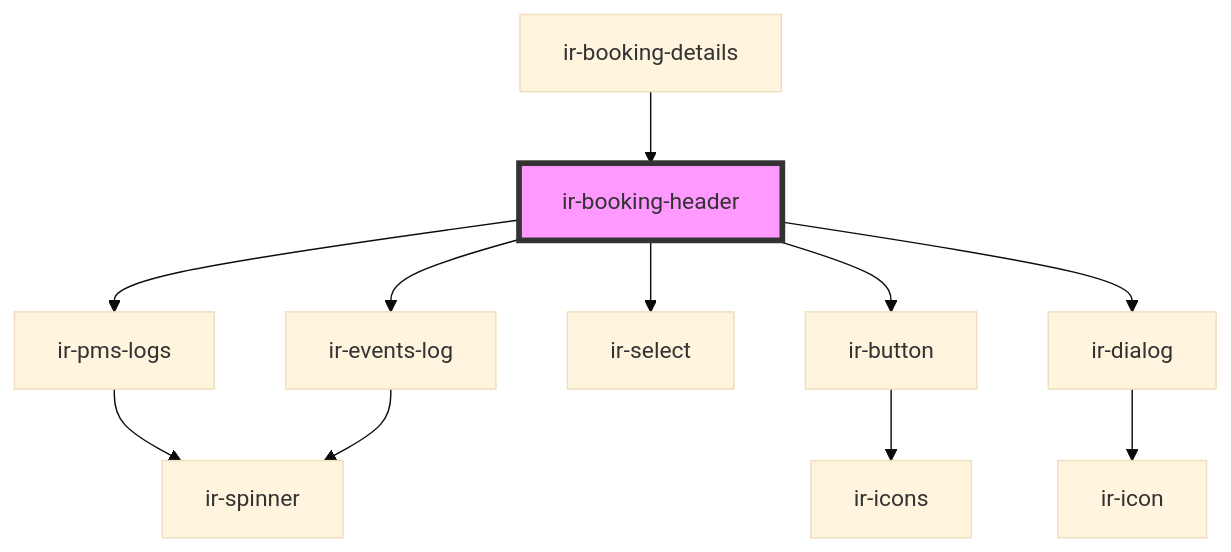
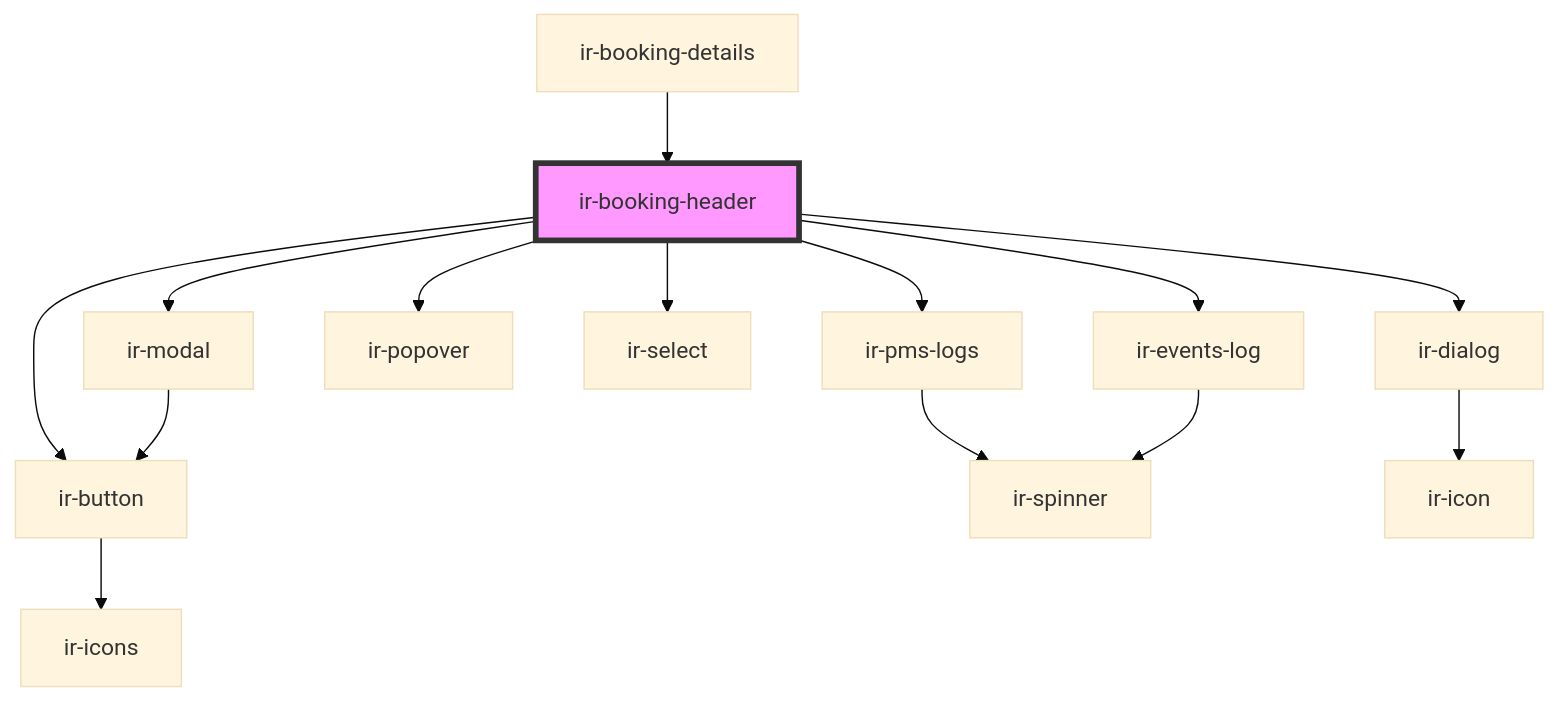
Before and after one commit to David1Chowaifaty/modified-ir-webcmp: the diagram in src/components/ir-booking-details/ir-booking-header/readme.md, drawn with Mermaid (base theme). The commit also changed other lines of this file and 58 other files, not shown here.

````diff
--- a/src/components/ir-booking-details/ir-booking-header/readme.md
+++ b/src/components/ir-booking-details/ir-booking-header/readme.md
@@ -46,14 +48,17 @@
 ```mermaid
 graph TD;
   ir-booking-header --> ir-pms-logs
   ir-booking-header --> ir-events-log
+  ir-booking-header --> ir-popover
   ir-booking-header --> ir-select
   ir-booking-header --> ir-button
   ir-booking-header --> ir-dialog
+  ir-booking-header --> ir-modal
   ir-pms-logs --> ir-spinner
   ir-events-log --> ir-spinner
   ir-button --> ir-icons
   ir-dialog --> ir-icon
+  ir-modal --> ir-button
   ir-booking-details --> ir-booking-header
   style ir-booking-header fill:#f9f,stroke:#333,stroke-width:4px
 ```
````
